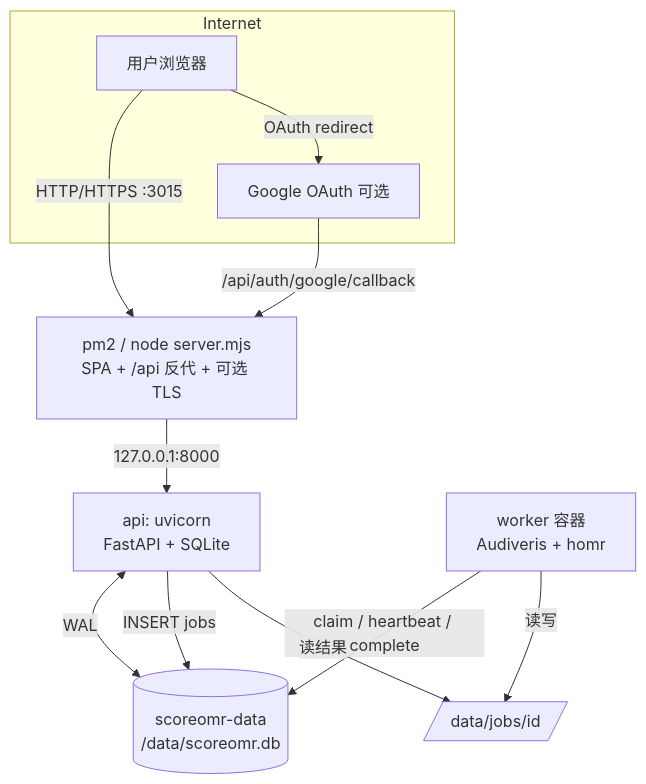
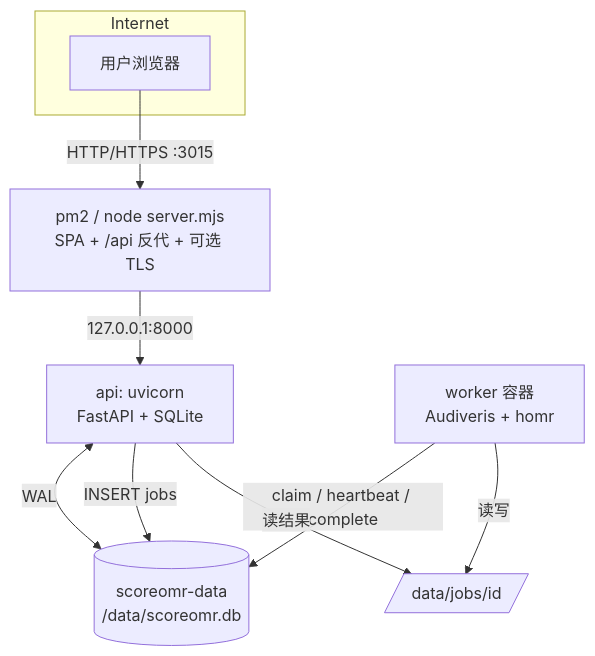
One commit to shuyueW1991/scoreomr changed the first of 3 diagrams in docs/ARCHITECTURE.md. Above: the diagram before and after it, drawn with Mermaid. The commit also changed other lines of this file and 54 other files, not shown here.

````diff
--- a/docs/ARCHITECTURE.md
+++ b/docs/ARCHITECTURE.md
@@ -16,17 +16,14 @@
 ```mermaid
 flowchart TB
   subgraph Internet
     U[用户浏览器]
-    G[Google OAuth 可选]
   end
 
   U -->|HTTP/HTTPS :3015| N[pm2 / node server.mjs<br/>SPA + /api 反代 + 可选 TLS]
-  U -->|OAuth redirect| G
-  G -->|/api/auth/google/callback| N
   N -->|127.0.0.1:8000| A[api: uvicorn<br/>FastAPI + SQLite]
   A <-->|WAL| D[(scoreomr-data<br/>/data/scoreomr.db)]
   A -->|INSERT jobs| D
   K[worker 容器<br/>Audiveris + homr] -->|claim / heartbeat / complete| D
   K -->|读写| F[/data/jobs/id/]
   A -->|读结果| F
 ```
````
